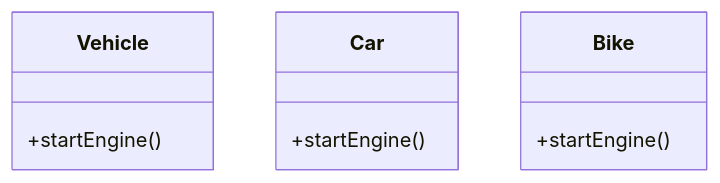
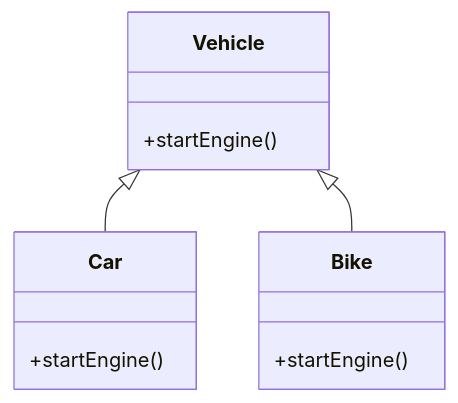
One commit to sovan92/LowLevelDesignDocuments changed the diagram in LLD_Educative.md. Above: the diagram before and after it, drawn with Mermaid.

````diff
--- a/LLD_Educative.md
+++ b/LLD_Educative.md
@@ -10,13 +10,14 @@
 ```mermaid
 
 classDiagram
   class Vehicle
   Vehicle:+startEngine()
-
+  Vehicle <|-- Car
+  Vehicle <|-- Bike
   class Car
   Car:+startEngine()
 
   class Bike
   Bike:+startEngine()
 
 ```
````
